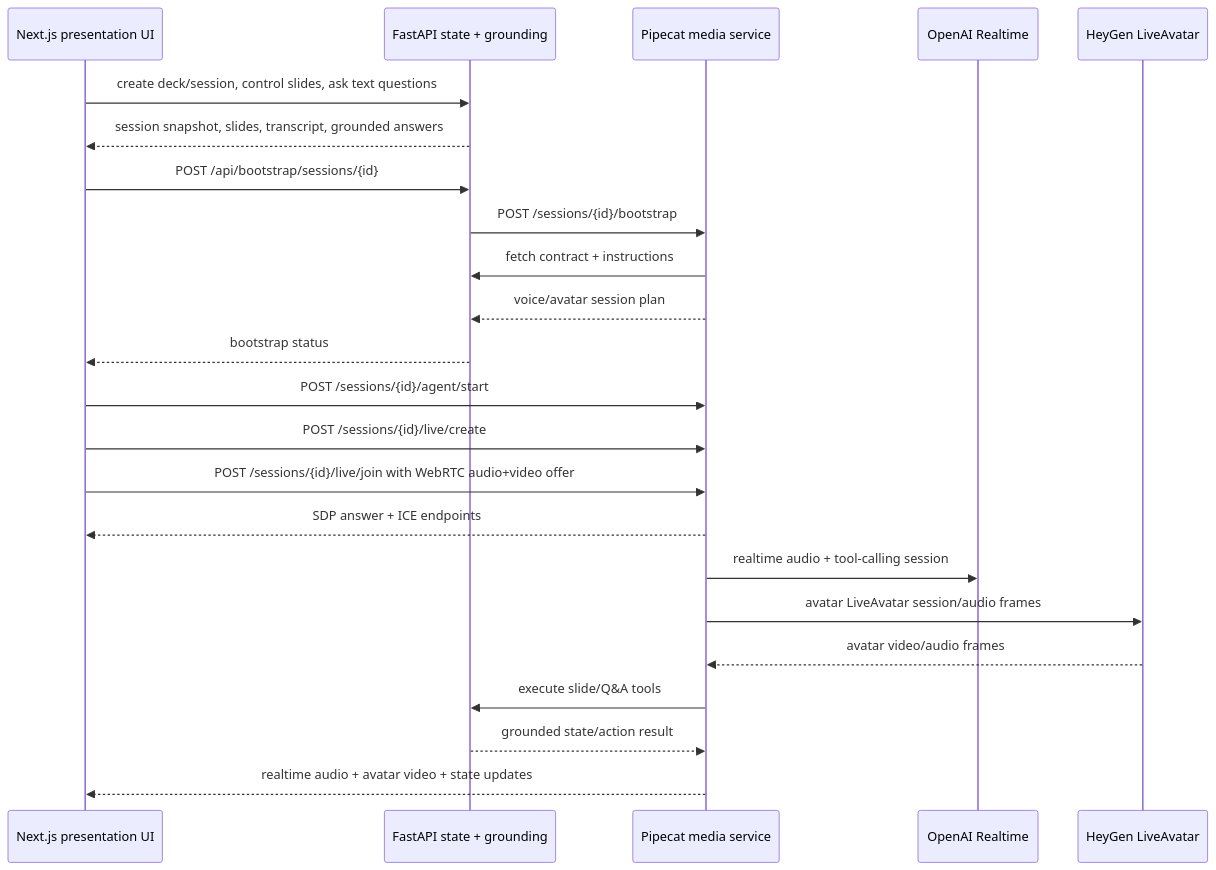
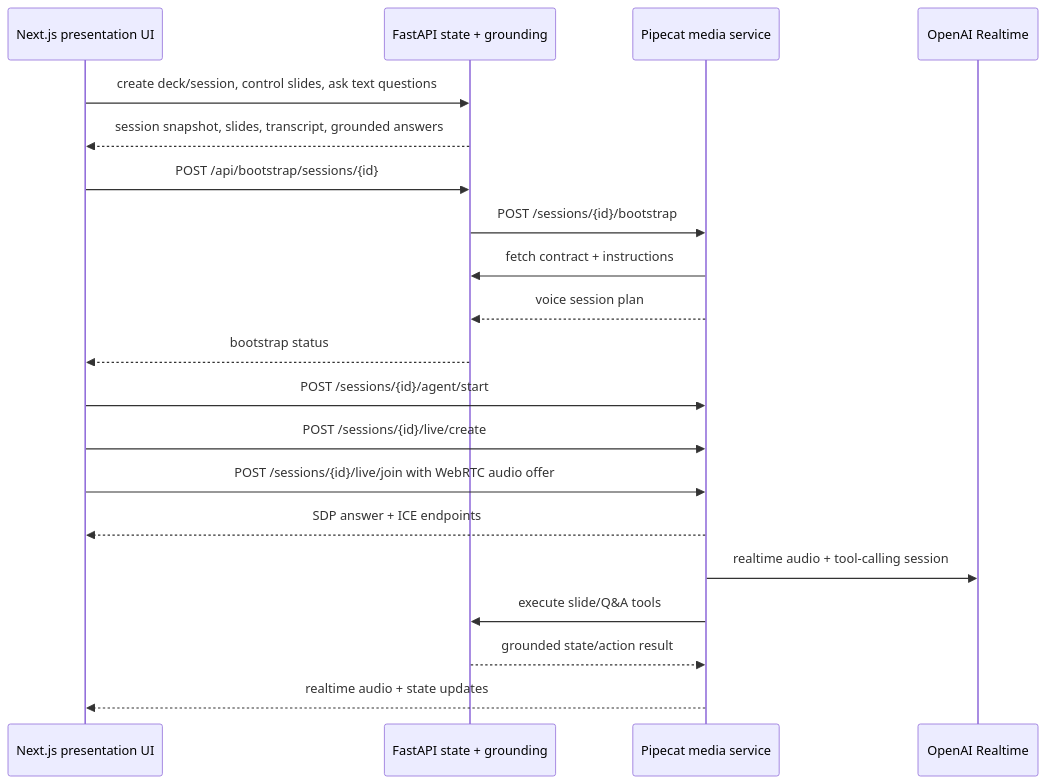
The diagram in docs/step-2-pipecat-live-agent-plan.md (agonza1/ConversationAgentEvals), drawn with Mermaid before and after one commit. The commit also changed other lines of this file and 1 other file, not shown here.

Commit message:
Remove avatar provider from default setup

````diff
--- a/docs/step-2-pipecat-live-agent-plan.md
+++ b/docs/step-2-pipecat-live-agent-plan.md
@@ -19,28 +18,25 @@
 ```mermaid
 sequenceDiagram
   participant Web as Next.js presentation UI
   participant API as FastAPI state + grounding
   participant Pipecat as Pipecat media service
   participant OpenAI as OpenAI Realtime
-  participant HeyGen as HeyGen LiveAvatar
 
   Web->>API: create deck/session, control slides, ask text questions
   API-->>Web: session snapshot, slides, transcript, grounded answers
 
   Web->>API: POST /api/bootstrap/sessions/{id}
   API->>Pipecat: POST /sessions/{id}/bootstrap
   Pipecat->>API: fetch contract + instructions
-  Pipecat-->>API: voice/avatar session plan
+  Pipecat-->>API: voice session plan
   API-->>Web: bootstrap status
 
   Web->>Pipecat: POST /sessions/{id}/agent/start
   Web->>Pipecat: POST /sessions/{id}/live/create
-  Web->>Pipecat: POST /sessions/{id}/live/join with WebRTC audio+video offer
+  Web->>Pipecat: POST /sessions/{id}/live/join with WebRTC audio offer
   Pipecat-->>Web: SDP answer + ICE endpoints
   Pipecat->>OpenAI: realtime audio + tool-calling session
-  Pipecat->>HeyGen: avatar LiveAvatar session/audio frames
-  HeyGen-->>Pipecat: avatar video/audio frames
   Pipecat->>API: execute slide/Q&A tools
   API-->>Pipecat: grounded state/action result
-  Pipecat-->>Web: realtime audio + avatar video + state updates
+  Pipecat-->>Web: realtime audio + state updates
 ```
````
